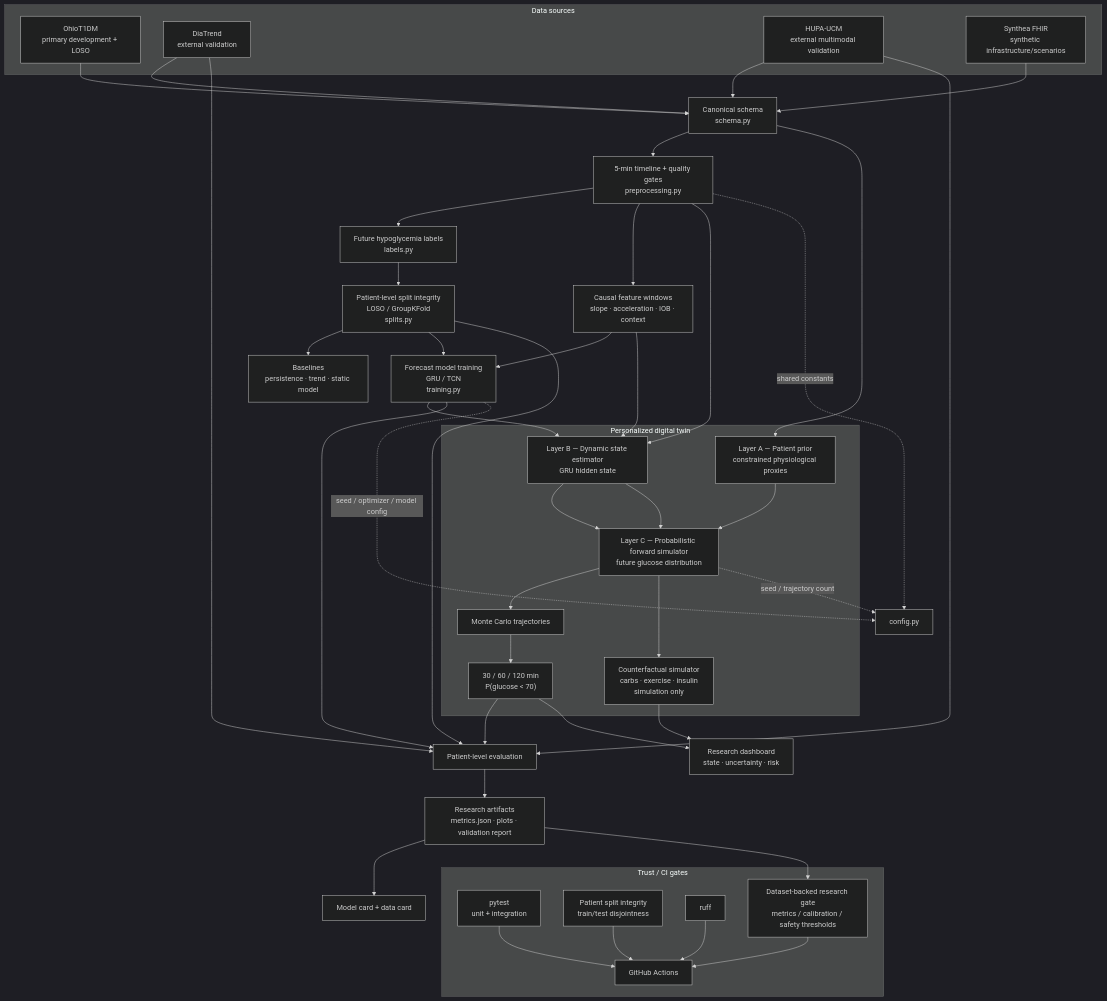
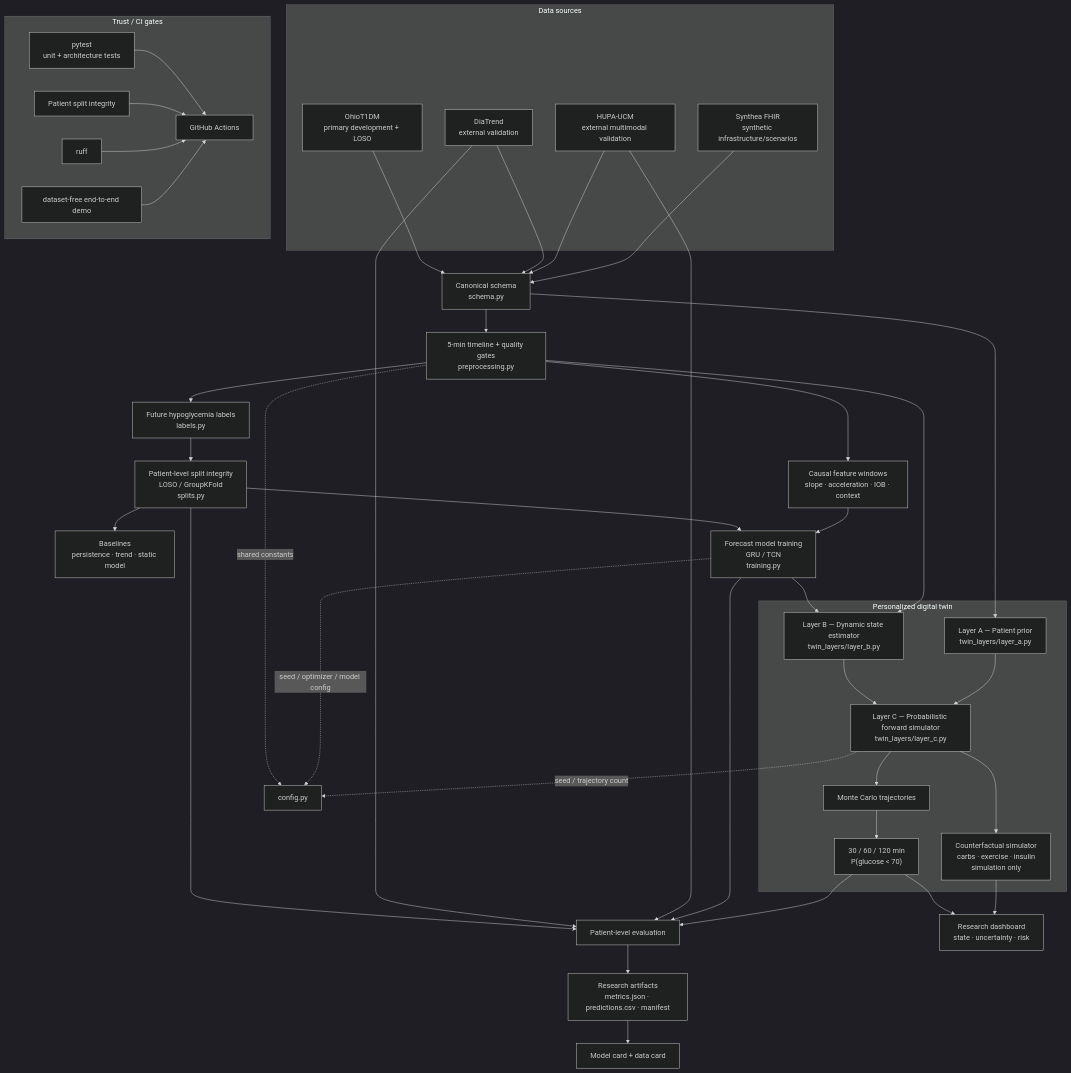
The diagram in README.md (That-Tech-Geek/Digital-Twin), drawn with Mermaid (dark theme) before and after one commit. The commit also changed other lines of this file, not shown here.

Commit message:
docs: align README with materialized architecture

```diff
--- a/README.md
+++ b/README.md
@@ -9,57 +9,53 @@
 ~~~mermaid
 flowchart TB
     subgraph S["Data sources"]
       OH["OhioT1DM<br/>primary development + LOSO"]
       DT["DiaTrend<br/>external validation"]
       HU["HUPA-UCM<br/>external multimodal validation"]
       SY["Synthea FHIR<br/>synthetic infrastructure/scenarios"]
     end
     OH --> SCH["Canonical schema<br/>schema.py"]
     DT --> SCH
     HU --> SCH
     SY --> SCH
     SCH --> PRE["5-min timeline + quality gates<br/>preprocessing.py"]
     PRE --> LAB["Future hypoglycemia labels<br/>labels.py"]
     PRE --> WIN["Causal feature windows<br/>slope · acceleration · IOB · context"]
     LAB --> SPL["Patient-level split integrity<br/>LOSO / GroupKFold<br/>splits.py"]
     SPL --> BASE["Baselines<br/>persistence · trend · static model"]
     SPL --> TRAIN["Forecast model training<br/>GRU / TCN<br/>training.py"]
     WIN --> TRAIN
-    WIN --> STATE["Layer B — Dynamic state estimator<br/>GRU hidden state"]
+    TRAIN --> STATE["Layer B — Dynamic state estimator<br/>twin_layers/layer_b.py"]
+    SCH --> PRIOR["Layer A — Patient prior<br/>twin_layers/layer_a.py"]
     subgraph T["Personalized digital twin"]
-      PRIOR["Layer A — Patient prior<br/>constrained physiological proxies"]
-      STATE --> SIM["Layer C — Probabilistic forward simulator<br/>future glucose distribution"]
+      STATE --> SIM["Layer C — Probabilistic forward simulator<br/>twin_layers/layer_c.py"]
       PRIOR --> SIM
-      STATE --> SIM
       SIM --> PATHS["Monte Carlo trajectories"]
       PATHS --> RISK["30 / 60 / 120 min<br/>P(glucose < 70)"]
       SIM --> CF["Counterfactual simulator<br/>carbs · exercise · insulin<br/>simulation only"]
     end
-    SCH --> PRIOR
-    TRAIN --> STATE
     PRE --> STATE
-    DT --> EVAL["Patient-level evaluation"]
+    SPL --> EVAL["Patient-level evaluation"]
+    DT --> EVAL
     HU --> EVAL
-    SPL --> EVAL
     TRAIN --> EVAL
     RISK --> EVAL
-    EVAL --> ART["Research artifacts<br/>metrics.json · plots · validation report"]
+    EVAL --> ART["Research artifacts<br/>metrics.json · predictions.csv · manifest"]
     ART --> CARD["Model card + data card"]
     RISK --> DASH["Research dashboard<br/>state · uncertainty · risk"]
     CF --> DASH
     subgraph C["Trust / CI gates"]
-      TEST["pytest<br/>unit + integration"]
-      LEAK["Patient split integrity<br/>train/test disjointness"]
+      TEST["pytest<br/>unit + architecture tests"]
+      LEAK["Patient split integrity"]
       LINT["ruff"]
-      RGATE["Dataset-backed research gate<br/>metrics / calibration / safety thresholds"]
+      E2E["dataset-free end-to-end demo"]
       CI["GitHub Actions"]
     end
     PRE -.->|"shared constants"| CFG["config.py"]
     TRAIN -.->|"seed / optimizer / model config"| CFG
     SIM -.->|"seed / trajectory count"| CFG
     TEST --> CI
     LEAK --> CI
     LINT --> CI
-    ART --> RGATE
-    RGATE --> CI
+    E2E --> CI
 ~~~
```
